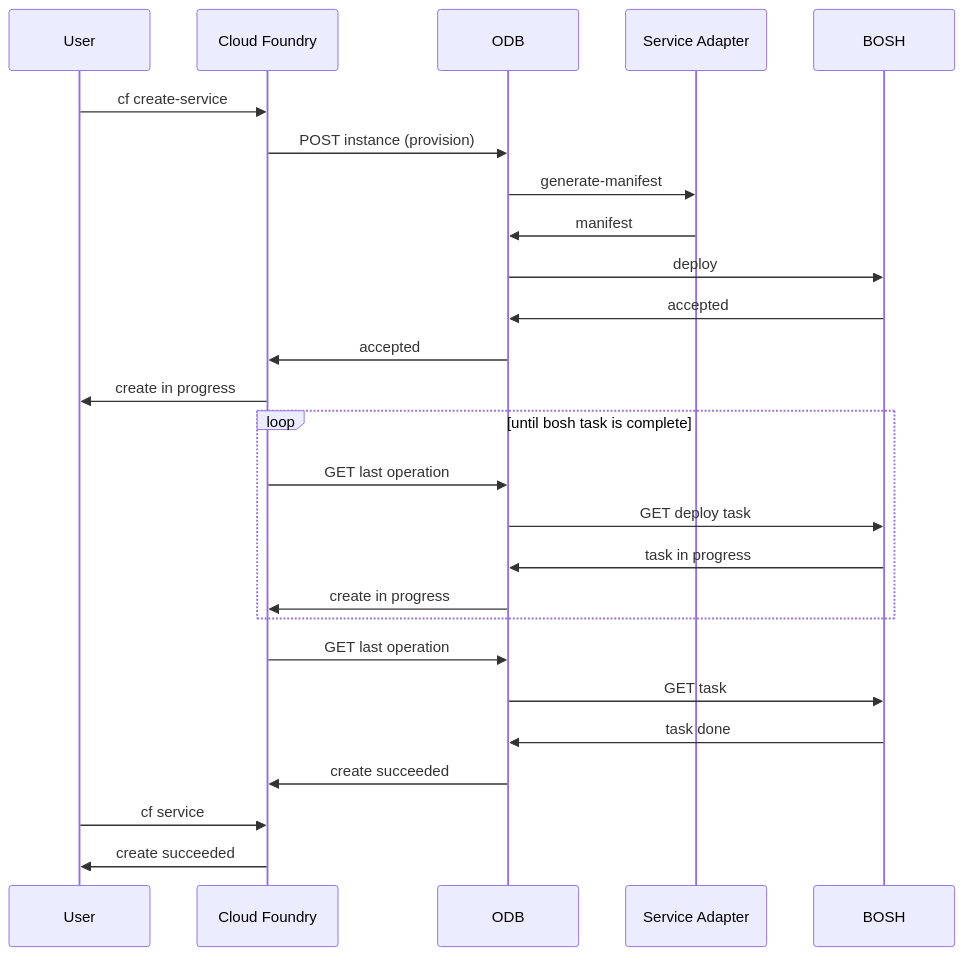
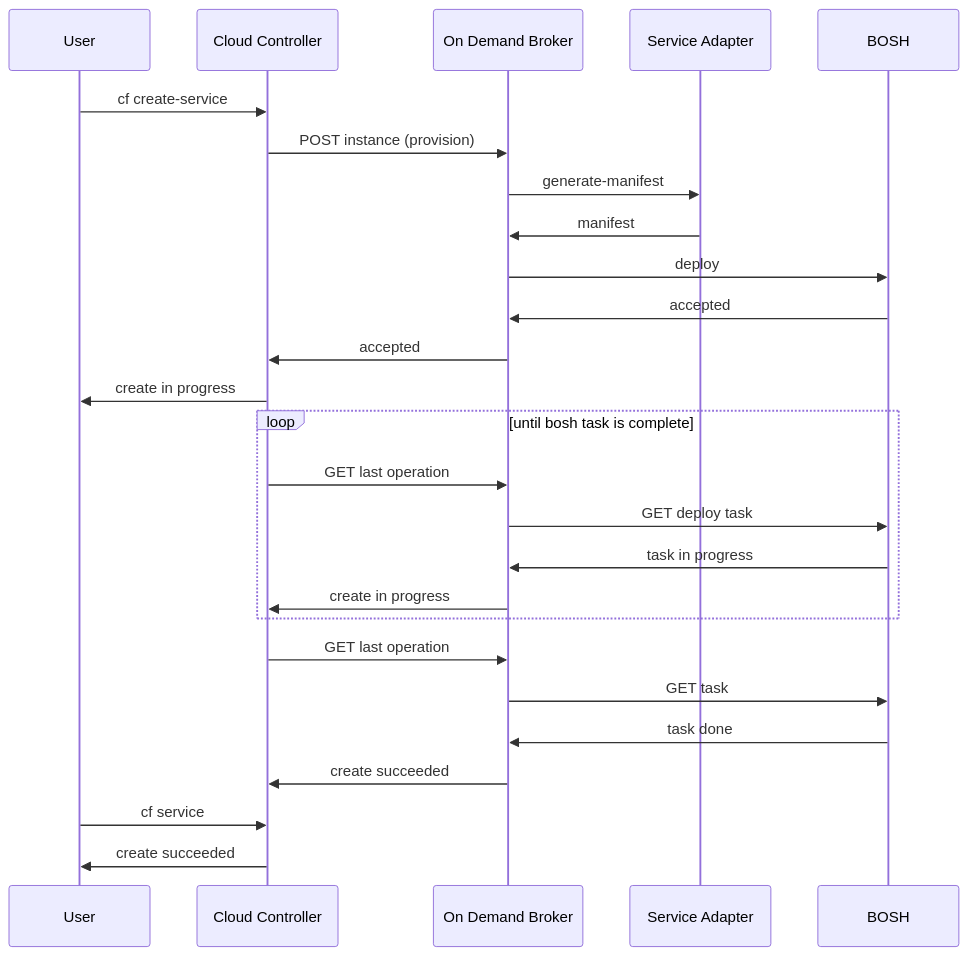
The diagram in mmd/create_service_workflow.mmd (pivotal-cf/docs-on-demand-service-broker), drawn with Mermaid before and after one commit. The commit also changed 10 other files, not shown here.

Commit message:
change  to  in sequence diagrams

```diff
--- a/mmd/create_service_workflow.mmd
+++ b/mmd/create_service_workflow.mmd
@@ -1,23 +1,23 @@
 <div class="mermaid">
 sequenceDiagram
-  User->> Cloud Foundry: cf create-service
-  Cloud Foundry->> ODB: POST instance (provision)
-  ODB->>Service Adapter: generate-manifest
-  Service Adapter->>ODB: manifest
-  ODB->>BOSH: deploy
-  BOSH->>ODB: accepted
-  ODB->>Cloud Foundry: accepted
-  Cloud Foundry->>User: create in progress
+  User->> Cloud Controller: cf create-service
+  Cloud Controller->> On Demand Broker: POST instance (provision)
+  On Demand Broker->>Service Adapter: generate-manifest
+  Service Adapter->>On Demand Broker: manifest
+  On Demand Broker->>BOSH: deploy
+  BOSH->>On Demand Broker: accepted
+  On Demand Broker->>Cloud Controller: accepted
+  Cloud Controller->>User: create in progress
   loop until bosh task is complete
-    Cloud Foundry->>ODB: GET last operation
-    ODB->>BOSH: GET deploy task
-    BOSH->>ODB: task in progress
-    ODB->>Cloud Foundry: create in progress
+    Cloud Controller->>On Demand Broker: GET last operation
+    On Demand Broker->>BOSH: GET deploy task
+    BOSH->>On Demand Broker: task in progress
+    On Demand Broker->>Cloud Controller: create in progress
   end
-  Cloud Foundry->>ODB: GET last operation
-  ODB->>BOSH: GET task
-  BOSH->>ODB: task done
-  ODB->>Cloud Foundry: create succeeded
-  User->>Cloud Foundry:cf service
-  Cloud Foundry->>User: create succeeded
+  Cloud Controller->>On Demand Broker: GET last operation
+  On Demand Broker->>BOSH: GET task
+  BOSH->>On Demand Broker: task done
+  On Demand Broker->>Cloud Controller: create succeeded
+  User->>Cloud Controller:cf service
+  Cloud Controller->>User: create succeeded
 </div>
```
